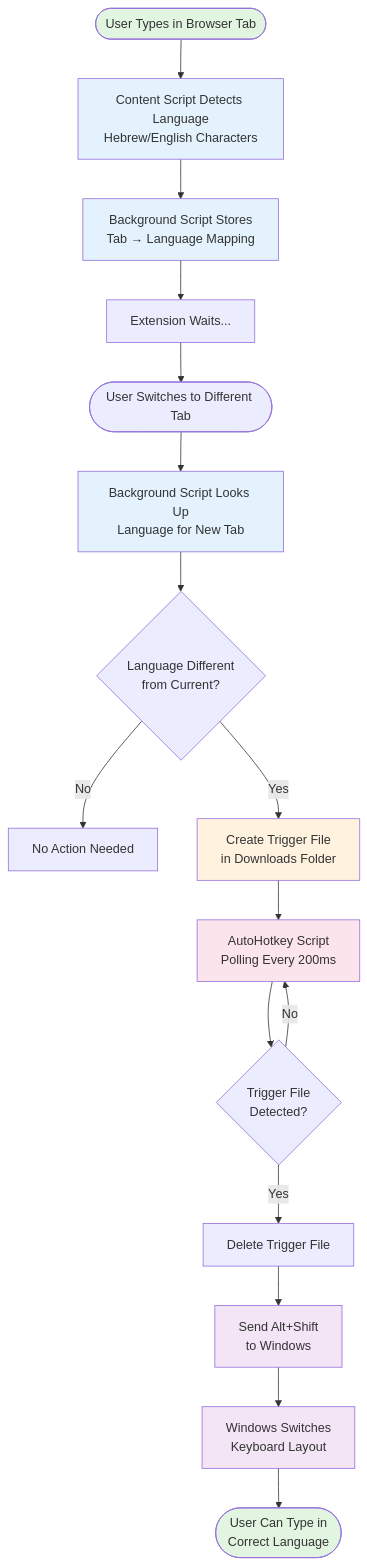
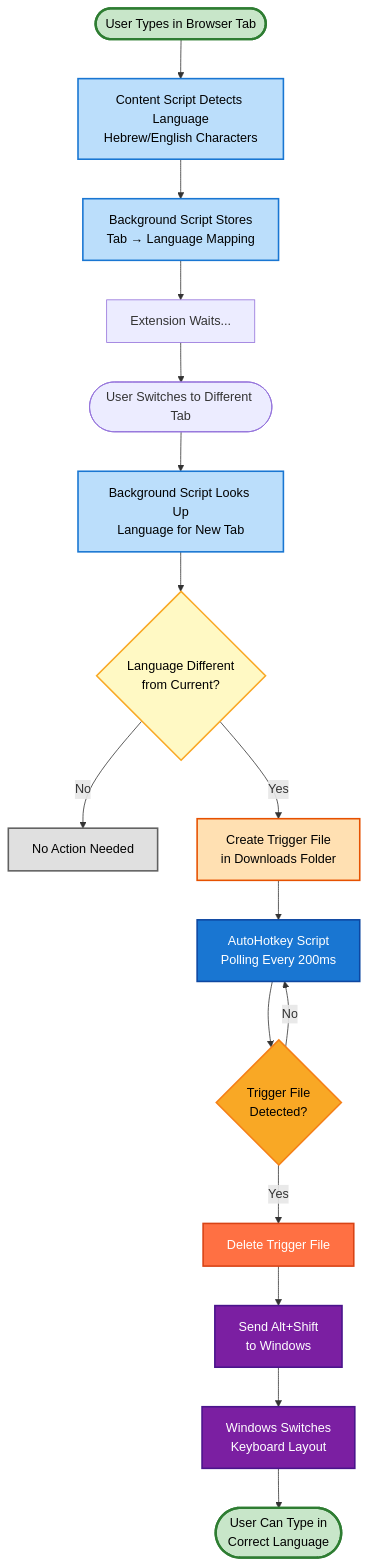
Before and after one commit to ysetbon/AutoLang: the diagram in README.md, drawn with Mermaid. The commit also changed 1 other file, not shown here.

Commit message:
fixed diagram

````diff
--- a/README.md
+++ b/README.md
@@ -18,33 +18,37 @@
 ```mermaid
 flowchart TD
     Start([User Types in Browser Tab]) --> Detect[Content Script Detects Language<br/>Hebrew/English Characters]
     Detect --> Store[Background Script Stores<br/>Tab → Language Mapping]
     Store --> Wait[Extension Waits...]
 
     Wait --> Switch([User Switches to Different Tab])
     Switch --> Lookup[Background Script Looks Up<br/>Language for New Tab]
     Lookup --> Check{Language Different<br/>from Current?}
 
     Check -->|No| NoAction[No Action Needed]
     Check -->|Yes| Download[Create Trigger File<br/>in Downloads Folder]
 
     Download --> Poll[AutoHotkey Script<br/>Polling Every 200ms]
     Poll --> Found{Trigger File<br/>Detected?}
 
     Found -->|Yes| Delete[Delete Trigger File]
     Delete --> Send[Send Alt+Shift<br/>to Windows]
     Send --> OS[Windows Switches<br/>Keyboard Layout]
     OS --> Done([User Can Type in<br/>Correct Language])
 
     Found -->|No| Poll
 
-    style Start fill:#e1f5e1
-    style Done fill:#e1f5e1
-    style Detect fill:#e3f2fd
-    style Store fill:#e3f2fd
-    style Lookup fill:#e3f2fd
-    style Download fill:#fff3e0
-    style Poll fill:#fce4ec
-    style Send fill:#f3e5f5
-    style OS fill:#f3e5f5
+    style Start fill:#c8e6c9,stroke:#2e7d32,stroke-width:3px,color:#000
+    style Done fill:#c8e6c9,stroke:#2e7d32,stroke-width:3px,color:#000
+    style Detect fill:#bbdefb,stroke:#1976d2,stroke-width:2px,color:#000
+    style Store fill:#bbdefb,stroke:#1976d2,stroke-width:2px,color:#000
+    style Lookup fill:#bbdefb,stroke:#1976d2,stroke-width:2px,color:#000
+    style Check fill:#fff9c4,stroke:#f9a825,stroke-width:2px,color:#000
+    style NoAction fill:#e0e0e0,stroke:#616161,stroke-width:2px,color:#000
+    style Download fill:#ffe0b2,stroke:#e65100,stroke-width:2px,color:#000
+    style Poll fill:#1976d2,stroke:#0d47a1,stroke-width:2px,color:#fff
+    style Found fill:#f9a825,stroke:#f57f17,stroke-width:2px,color:#000
+    style Delete fill:#ff7043,stroke:#d84315,stroke-width:2px,color:#fff
+    style Send fill:#7b1fa2,stroke:#4a148c,stroke-width:2px,color:#fff
+    style OS fill:#7b1fa2,stroke:#4a148c,stroke-width:2px,color:#fff
 ```
````
